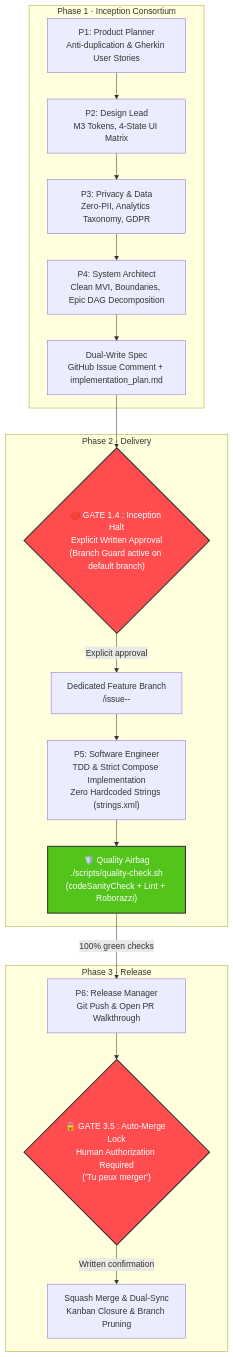
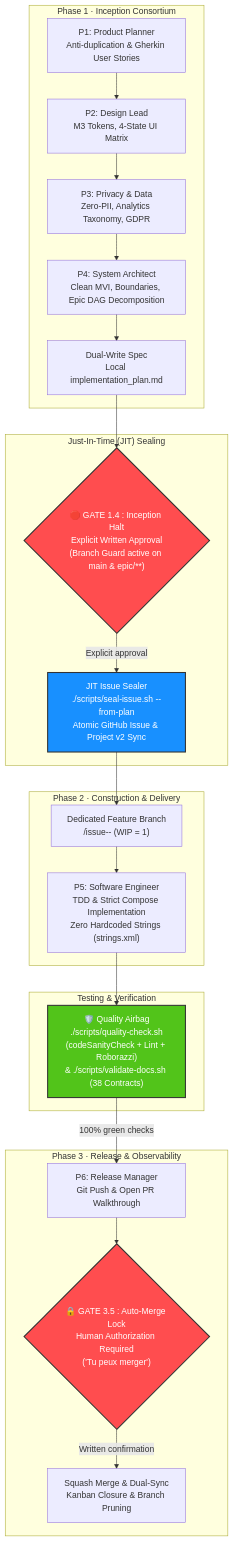
The diagram in README.md (nicolasvd/agentic-android-delivery-kernel), drawn with Mermaid before and after one commit. The commit also changed other lines of this file and 3 other files, not shown here.

Commit message:
docs(readme): rewrite engineering showcase, JIT sealing protocol, and persona matrix (closes #20) (#21)

````diff
--- a/README.md
+++ b/README.md
@@ -22,27 +39,35 @@
 ```mermaid
 flowchart TD
     subgraph Inception["Phase 1 · Inception Consortium"]
         P1["P1: Product Planner\nAnti-duplication & Gherkin User Stories"] --> P2["P2: Design Lead\nM3 Tokens, 4-State UI Matrix"]
         P2 --> P3["P3: Privacy & Data\nZero-PII, Analytics Taxonomy, GDPR"]
         P3 --> P4["P4: System Architect\nClean MVI, Boundaries, Epic DAG Decomposition"]
-        P4 --> Spec["Dual-Write Spec\nGitHub Issue Comment + implementation_plan.md"]
+        P4 --> Spec["Dual-Write Spec\nLocal implementation_plan.md"]
     end
 
-    Spec --> Gate14{"🛑 GATE 1.4 : Inception Halt\nExplicit Written Approval\n(Branch Guard active on default branch)"}
+    Spec --> Gate14{"🛑 GATE 1.4 : Inception Halt\nExplicit Written Approval\n(Branch Guard active on main & epic/**)"}
 
-    subgraph Delivery["Phase 2 · Delivery"]
-        Gate14 -->|Explicit approval| Branch["Dedicated Feature Branch\n<type>/issue-<id>-<slug>"]
-        Branch --> P5["P5: Software Engineer\nTDD & Strict Compose Implementation\nZero Hardcoded Strings (strings.xml)"]
-        P5 --> Airbag["🛡️ Quality Airbag\n./scripts/quality-check.sh\n(codeSanityCheck + Lint + Roborazzi)"]
+    subgraph Sealing["Just-In-Time (JIT) Sealing"]
+        Gate14 -->|Explicit approval| JIT["JIT Issue Sealer\n./scripts/seal-issue.sh --from-plan\nAtomic GitHub Issue & Project v2 Sync"]
     end
 
-    subgraph Release["Phase 3 · Release"]
+    subgraph Delivery["Phase 2 · Construction & Delivery"]
+        JIT --> Branch["Dedicated Feature Branch\n<type>/issue-<id>-<slug> (WIP = 1)"]
+        Branch --> P5["P5: Software Engineer\nTDD & Strict Compose Implementation\nZero Hardcoded Strings (strings.xml)"]
+    end
+
+    subgraph Testing["Testing & Verification"]
+        P5 --> Airbag["🛡️ Quality Airbag\n./scripts/quality-check.sh\n(codeSanityCheck + Lint + Roborazzi)\n& ./scripts/validate-docs.sh (38 Contracts)"]
+    end
+
+    subgraph Release["Phase 3 · Release & Observability"]
         Airbag -->|100% green checks| P6["P6: Release Manager\nGit Push & Open PR Walkthrough"]
         P6 --> Gate35{"🔒 GATE 3.5 : Auto-Merge Lock\nHuman Authorization Required\n('Tu peux merger')"}
         Gate35 -->|Written confirmation| Merge["Squash Merge & Dual-Sync\nKanban Closure & Branch Pruning"]
     end
 
     style Gate14 fill:#ff4d4f,stroke:#333,stroke-width:2px,color:#fff
     style Gate35 fill:#ff4d4f,stroke:#333,stroke-width:2px,color:#fff
     style Airbag fill:#52c41a,stroke:#333,stroke-width:2px,color:#fff
+    style JIT fill:#1890ff,stroke:#333,stroke-width:2px,color:#fff
 ```
````
